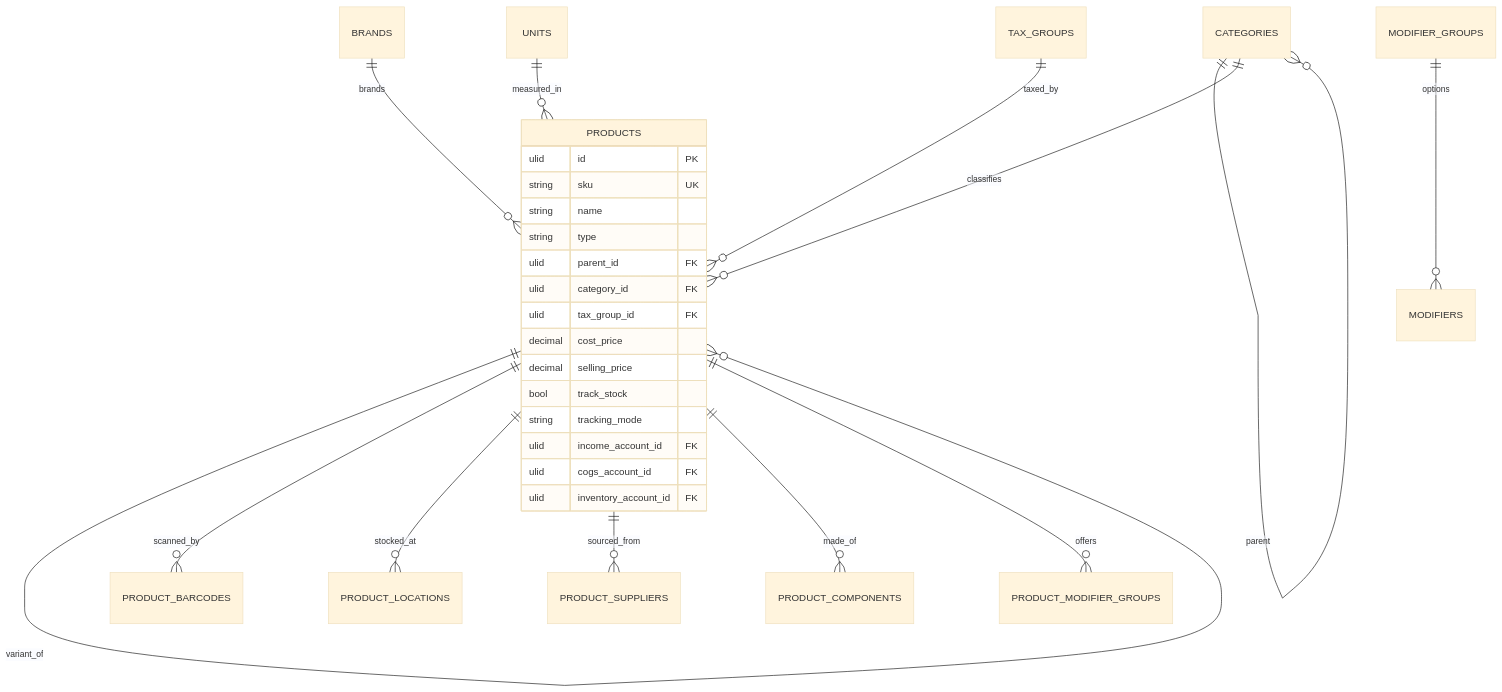
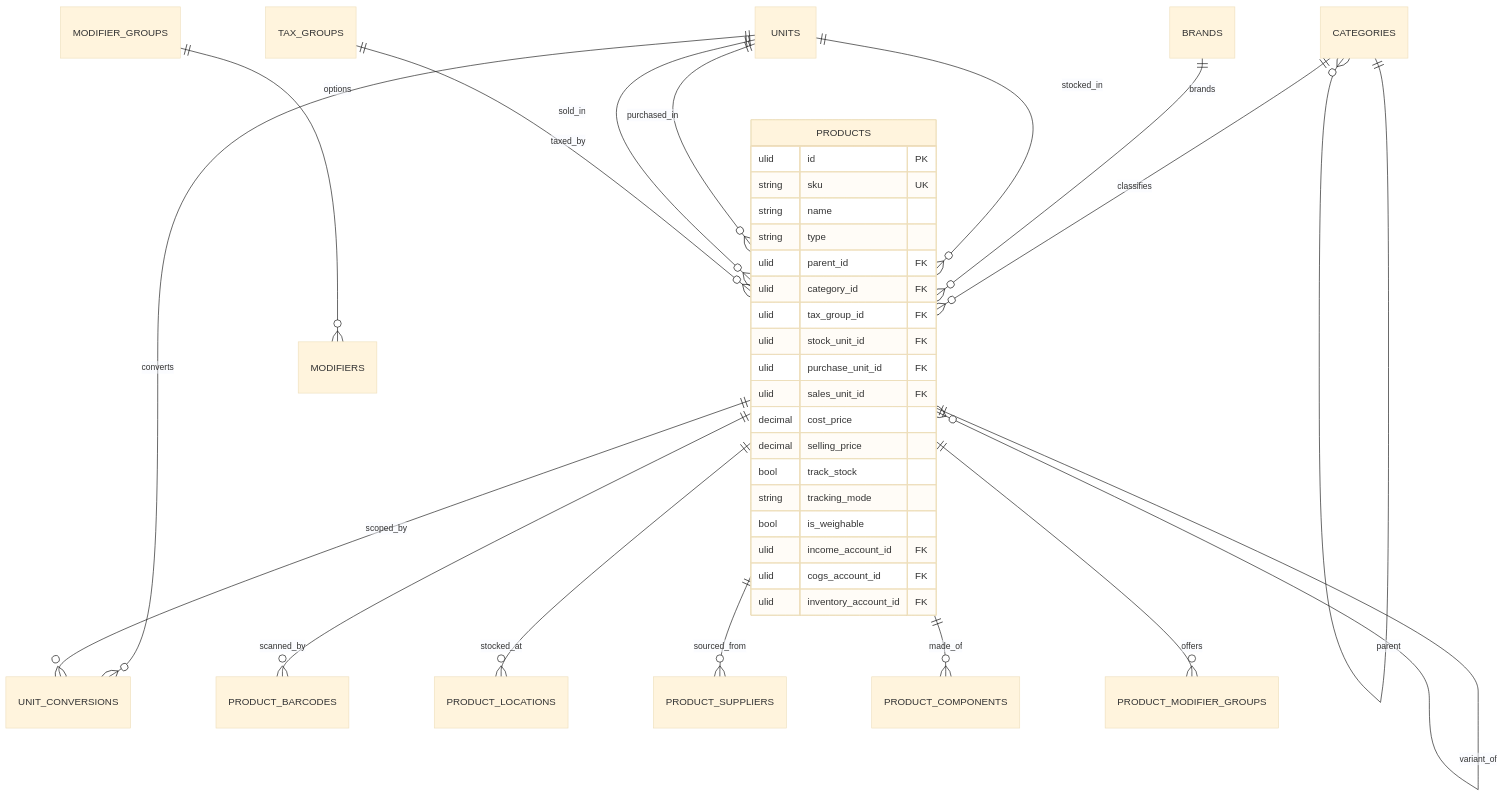
The third of 9 diagrams in docs/database.md (hasi94/SASS-POS), drawn with Mermaid (base theme) before and after one commit. The commit also changed other lines of this file, not shown here.

First line of the commit message:
T-006: the base unit, the factor ladder, weighable goods and unit-aware prices

````diff
--- a/docs/database.md
+++ b/docs/database.md
@@ -418,31 +426,39 @@
 ```mermaid
 erDiagram
   CATEGORIES ||--o{ CATEGORIES : parent
   CATEGORIES ||--o{ PRODUCTS : classifies
   BRANDS ||--o{ PRODUCTS : brands
-  UNITS ||--o{ PRODUCTS : measured_in
+  UNITS ||--o{ PRODUCTS : stocked_in
+  UNITS ||--o{ PRODUCTS : purchased_in
+  UNITS ||--o{ PRODUCTS : sold_in
+  UNITS ||--o{ UNIT_CONVERSIONS : converts
+  PRODUCTS ||--o{ UNIT_CONVERSIONS : scoped_by
   PRODUCTS ||--o{ PRODUCTS : variant_of
   PRODUCTS ||--o{ PRODUCT_BARCODES : scanned_by
   PRODUCTS ||--o{ PRODUCT_LOCATIONS : stocked_at
   PRODUCTS ||--o{ PRODUCT_SUPPLIERS : sourced_from
   PRODUCTS ||--o{ PRODUCT_COMPONENTS : made_of
   TAX_GROUPS ||--o{ PRODUCTS : taxed_by
   MODIFIER_GROUPS ||--o{ MODIFIERS : options
   PRODUCTS ||--o{ PRODUCT_MODIFIER_GROUPS : offers
   PRODUCTS {
     ulid id PK
     string sku UK
     string name
     string type
     ulid parent_id FK
     ulid category_id FK
     ulid tax_group_id FK
+    ulid stock_unit_id FK
+    ulid purchase_unit_id FK
+    ulid sales_unit_id FK
     decimal cost_price
     decimal selling_price
     bool track_stock
     string tracking_mode
+    bool is_weighable
     ulid income_account_id FK
     ulid cogs_account_id FK
     ulid inventory_account_id FK
   }
 ```
````
